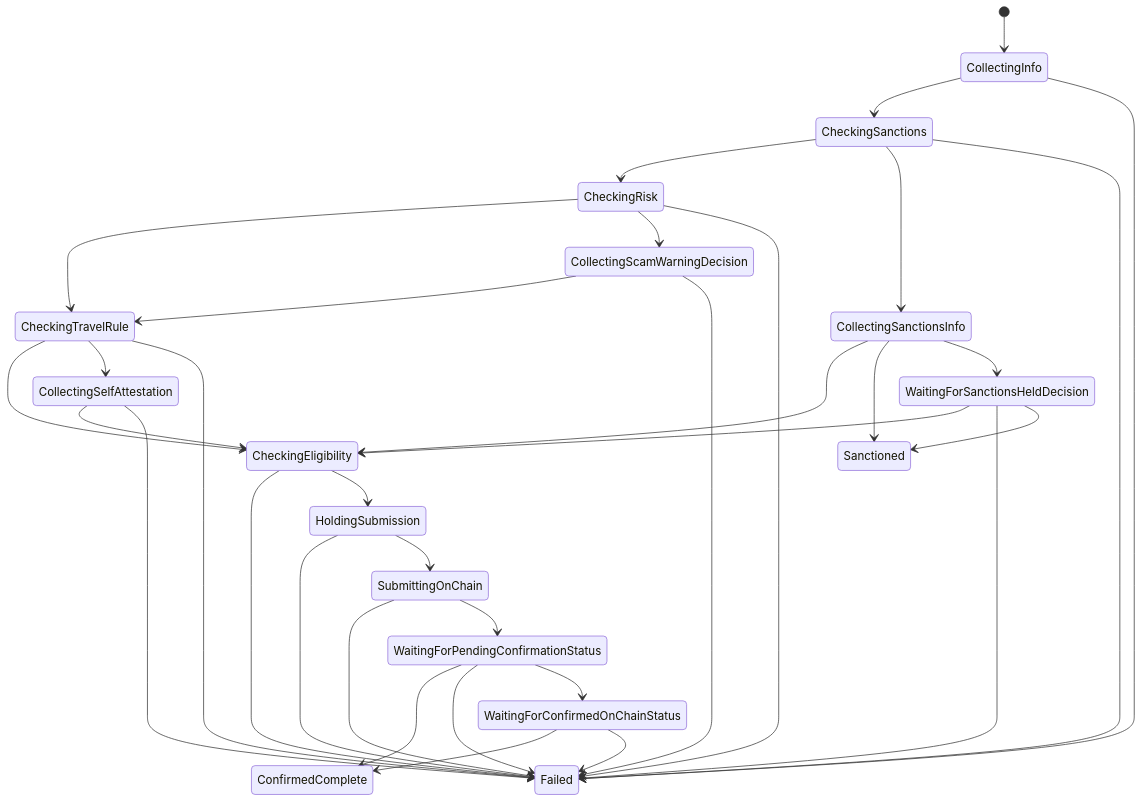
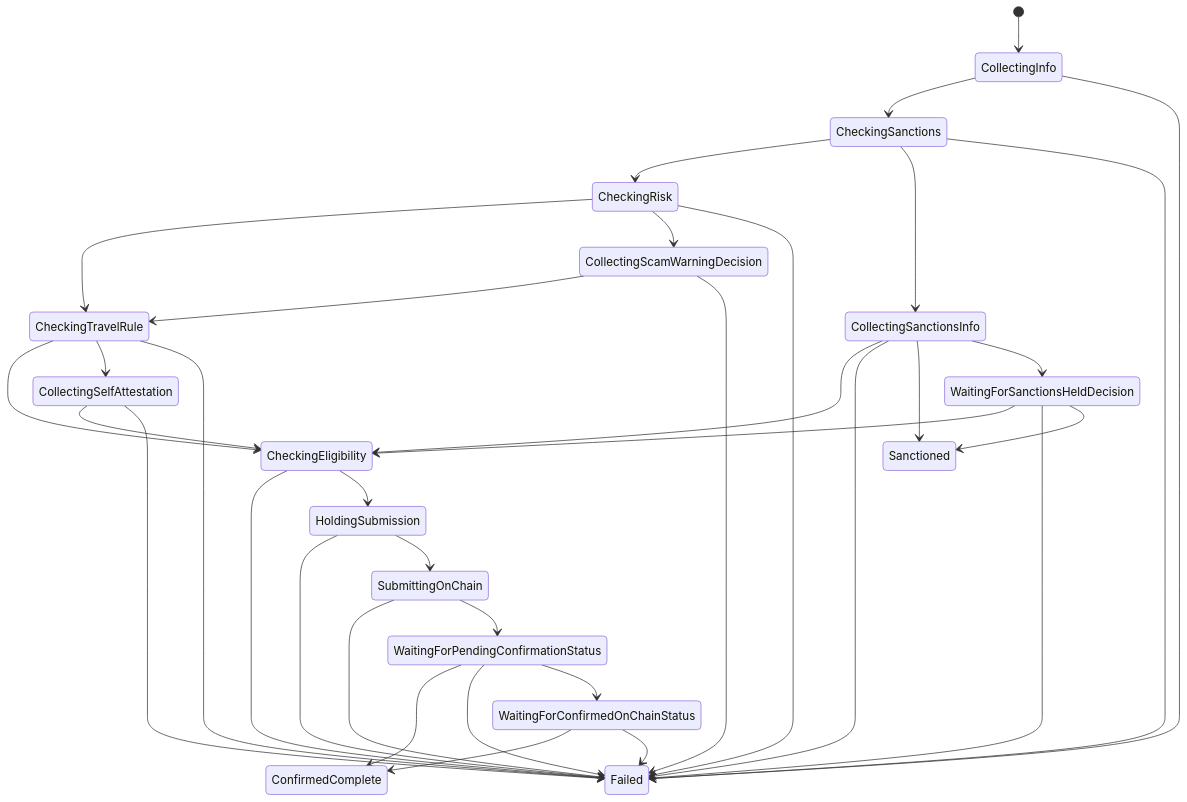
One commit to block/bitty-city changed the diagram in outie/docs/state-machine.md. Above: the diagram before and after it, drawn with Mermaid. The commit also changed 6 other files, not shown here.

First line of the commit message:
BCOIN-9438: Allow sanctions DECLINE to fail a withdrawal still collecting its reason (#138)

````diff
--- a/outie/docs/state-machine.md
+++ b/outie/docs/state-machine.md
@@ -1,36 +1,37 @@
 ```mermaid
 stateDiagram-v2
     [*] --> CollectingInfo
     CheckingEligibility --> Failed
     CheckingEligibility --> HoldingSubmission
     CheckingRisk --> CheckingTravelRule
     CheckingRisk --> CollectingScamWarningDecision
     CheckingRisk --> Failed
     CheckingSanctions --> CheckingRisk
     CheckingSanctions --> CollectingSanctionsInfo
     CheckingSanctions --> Failed
     CheckingTravelRule --> CheckingEligibility
     CheckingTravelRule --> CollectingSelfAttestation
     CheckingTravelRule --> Failed
     CollectingInfo --> CheckingSanctions
     CollectingInfo --> Failed
     CollectingSanctionsInfo --> CheckingEligibility
+    CollectingSanctionsInfo --> Failed
     CollectingSanctionsInfo --> Sanctioned
     CollectingSanctionsInfo --> WaitingForSanctionsHeldDecision
     CollectingScamWarningDecision --> CheckingTravelRule
     CollectingScamWarningDecision --> Failed
     CollectingSelfAttestation --> CheckingEligibility
     CollectingSelfAttestation --> Failed
     HoldingSubmission --> Failed
     HoldingSubmission --> SubmittingOnChain
     SubmittingOnChain --> Failed
     SubmittingOnChain --> WaitingForPendingConfirmationStatus
     WaitingForConfirmedOnChainStatus --> ConfirmedComplete
     WaitingForConfirmedOnChainStatus --> Failed
     WaitingForPendingConfirmationStatus --> ConfirmedComplete
     WaitingForPendingConfirmationStatus --> Failed
     WaitingForPendingConfirmationStatus --> WaitingForConfirmedOnChainStatus
     WaitingForSanctionsHeldDecision --> CheckingEligibility
     WaitingForSanctionsHeldDecision --> Failed
     WaitingForSanctionsHeldDecision --> Sanctioned
 ```
````
